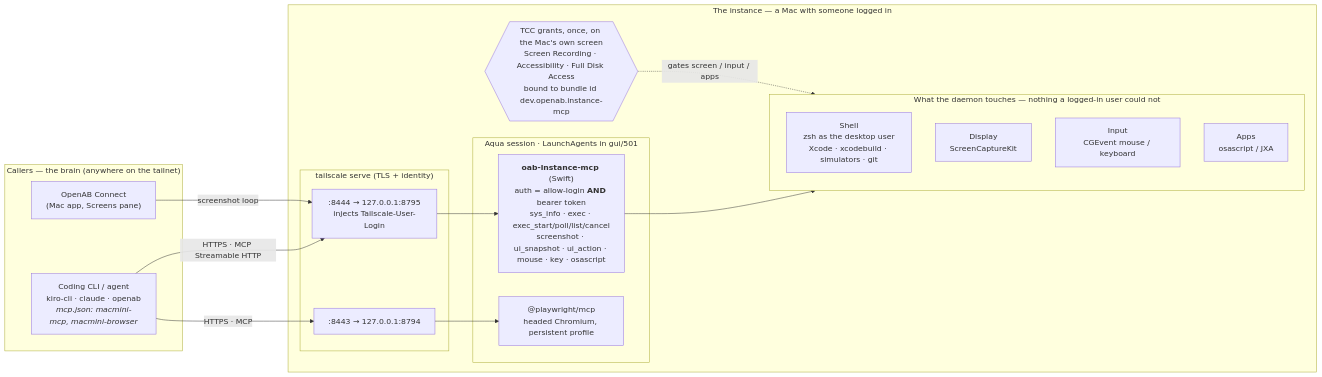
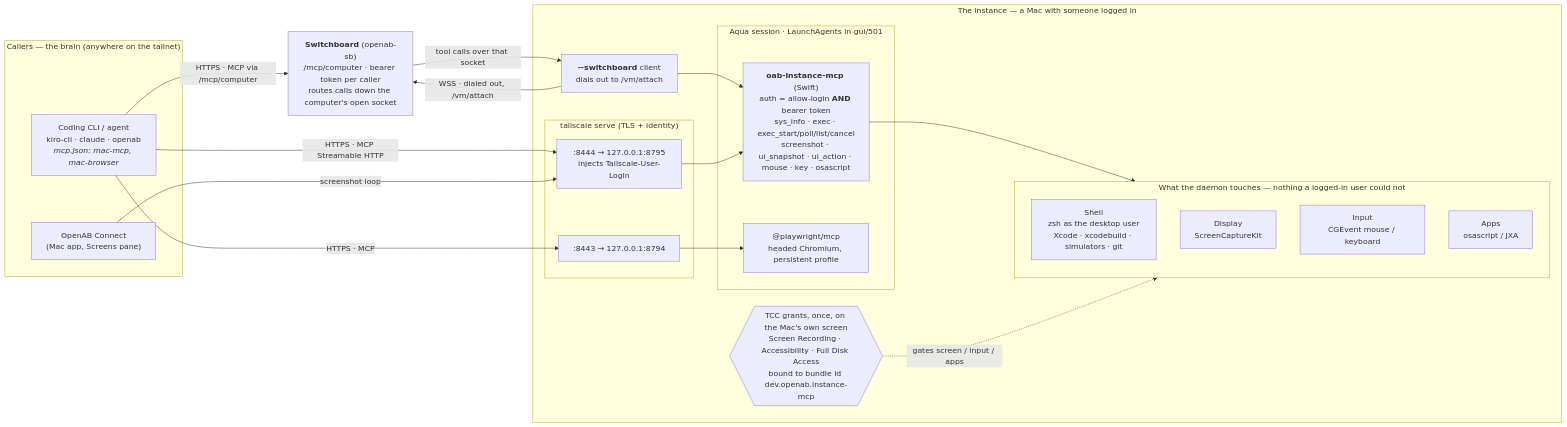
The diagram in README.md (openabdev/openab-computer), drawn with Mermaid before and after one commit. The commit also changed other lines of this file and 2 other files, not shown here.

````diff
--- a/README.md
+++ b/README.md
@@ -19,33 +22,40 @@
 ```mermaid
 flowchart LR
     subgraph callers["Callers — the brain (anywhere on the tailnet)"]
-        cli["Coding CLI / agent<br/>kiro-cli · claude · openab<br/><i>mcp.json: macmini-mcp, macmini-browser</i>"]
+        cli["Coding CLI / agent<br/>kiro-cli · claude · openab<br/><i>mcp.json: mac-mcp, mac-browser</i>"]
         connect["OpenAB Connect<br/>(Mac app, Screens pane)"]
     end
+
+    sb["<b>Switchboard</b> (openab-sb)<br/>/mcp/computer · bearer token per caller<br/>routes calls down the computer's open socket"]
 
     subgraph mac["The instance — a Mac with someone logged in"]
         subgraph ts["tailscale serve (TLS + identity)"]
             s8444[":8444 → 127.0.0.1:8795<br/>injects Tailscale-User-Login"]
             s8443[":8443 → 127.0.0.1:8794"]
         end
         subgraph gui["Aqua session · LaunchAgents in gui/501"]
             mcp["<b>oab-instance-mcp</b> (Swift)<br/>auth = allow-login <b>AND</b> bearer token<br/>sys_info · exec · exec_start/poll/list/cancel<br/>screenshot · ui_snapshot · ui_action · mouse · key · osascript"]
             pw["@playwright/mcp<br/>headed Chromium, persistent profile"]
         end
+        dial["<b>--switchboard</b> client<br/>dials out to /vm/attach"]
         subgraph hands["What the daemon touches — nothing a logged-in user could not"]
             shell["Shell<br/>zsh as the desktop user<br/>Xcode · xcodebuild · simulators · git"]
             screen["Display<br/>ScreenCaptureKit"]
             input["Input<br/>CGEvent mouse / keyboard"]
             apps["Apps<br/>osascript / JXA"]
         end
         tcc{{"TCC grants, once, on the Mac's own screen<br/>Screen Recording · Accessibility · Full Disk Access<br/>bound to bundle id dev.openab.instance-mcp"}}
     end
 
     cli -- "HTTPS · MCP Streamable HTTP" --> s8444
     connect -- "screenshot loop" --> s8444
+    cli -- "HTTPS · MCP via /mcp/computer" --> sb
+    dial -- "WSS · dialed out, /vm/attach" --> sb
+    sb -- "tool calls over that socket" --> dial
+    dial --> mcp
+    s8444 --> mcp
     cli -- "HTTPS · MCP" --> s8443
-    s8444 --> mcp
     s8443 --> pw
     mcp --> hands
     tcc -. "gates screen / input / apps" .-> hands
 ```
````
